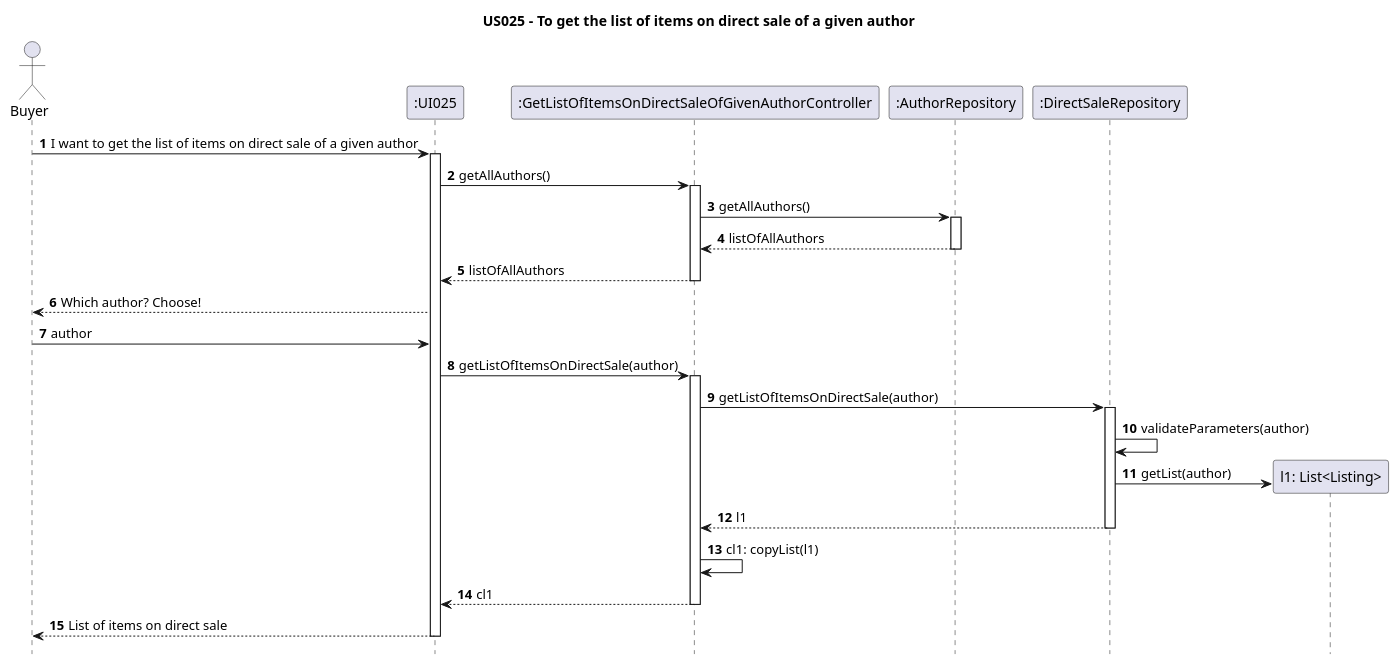
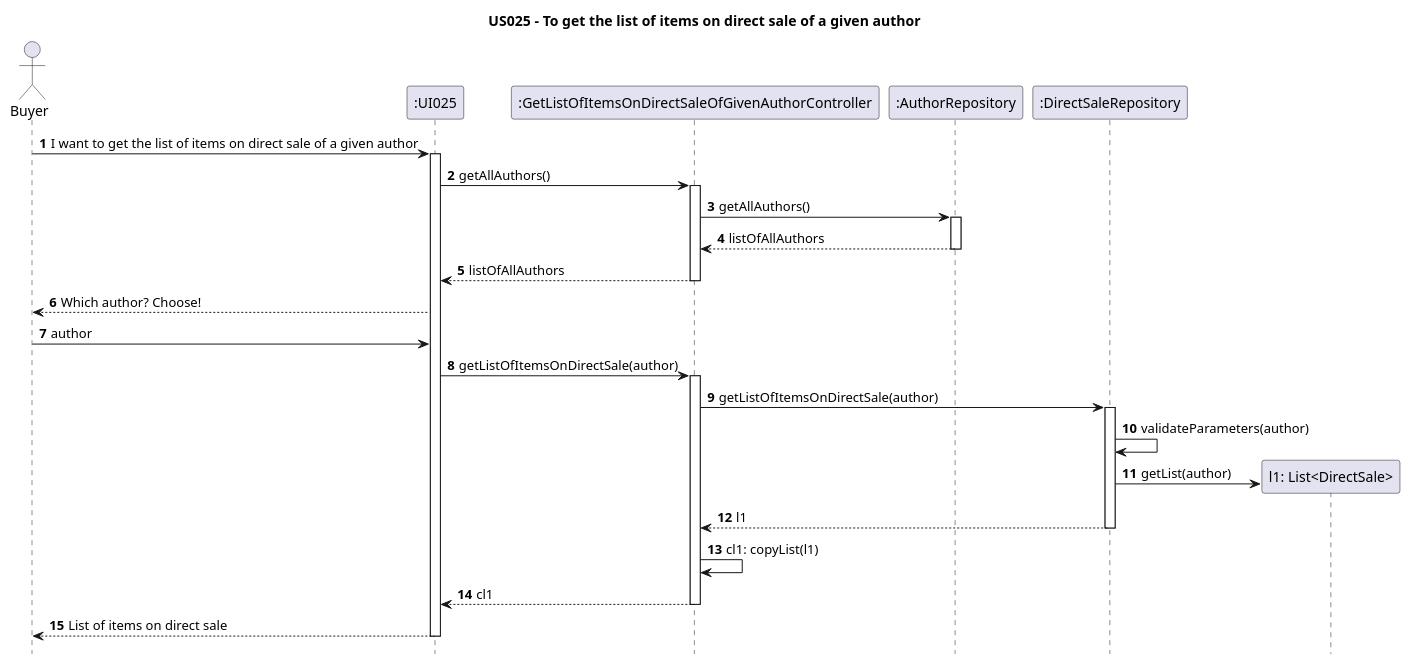
Before and after one commit to AndrePereiraGitH/SWitCH-Project-Team_A: the diagram in Diagrams/SequenceDiagrams/N2/US025-to-get-the-list-of-items-on-direct-sale-of-a-given-author.puml, drawn with PlantUML. The commit also changed 3 other files, not shown here.

```diff
--- a/Diagrams/SequenceDiagrams/N2/US025-to-get-the-list-of-items-on-direct-sale-of-a-given-author.puml
+++ b/Diagrams/SequenceDiagrams/N2/US025-to-get-the-list-of-items-on-direct-sale-of-a-given-author.puml
@@ -1,52 +1,52 @@
 @startuml
 
 hide footbox
 autonumber
 title US025 - To get the list of items on direct sale of a given author
 
 actor Buyer
 participant ":UI025" as UI025
 
 participant ":GetListOfItemsOnDirectSaleOfGivenAuthorController" as GetListOfItemsOnDirectSaleOfGivenAuthorController
 
 participant ":AuthorRepository" as AuthorRepository
 
 participant ":DirectSaleRepository" as DirectSaleRepository
 
 Buyer -> UI025 : I want to get the list of items on direct sale of a given author
 activate UI025
 UI025 -> GetListOfItemsOnDirectSaleOfGivenAuthorController : getAllAuthors()
 activate GetListOfItemsOnDirectSaleOfGivenAuthorController
 GetListOfItemsOnDirectSaleOfGivenAuthorController -> AuthorRepository: getAllAuthors()
 activate AuthorRepository
 AuthorRepository --> GetListOfItemsOnDirectSaleOfGivenAuthorController: listOfAllAuthors
 deactivate AuthorRepository
 GetListOfItemsOnDirectSaleOfGivenAuthorController --> UI025 : listOfAllAuthors
 deactivate GetListOfItemsOnDirectSaleOfGivenAuthorController
 Buyer <-- UI025 : Which author? Choose!
 Buyer -> UI025 : author
 
 UI025 -> GetListOfItemsOnDirectSaleOfGivenAuthorController : getListOfItemsOnDirectSale(author)
 activate GetListOfItemsOnDirectSaleOfGivenAuthorController
 
 GetListOfItemsOnDirectSaleOfGivenAuthorController -> DirectSaleRepository : getListOfItemsOnDirectSale(author)
 activate DirectSaleRepository
 
 
 DirectSaleRepository -> DirectSaleRepository : validateParameters(author)
 
-create "l1: List<Listing>" as Listing
-DirectSaleRepository -> Listing : getList(author)
+create "l1: List<DirectSale>" as DirectSaleList
+DirectSaleRepository -> DirectSaleList : getList(author)
 
 DirectSaleRepository --> GetListOfItemsOnDirectSaleOfGivenAuthorController : l1
 deactivate DirectSaleRepository
 
 GetListOfItemsOnDirectSaleOfGivenAuthorController -> GetListOfItemsOnDirectSaleOfGivenAuthorController : cl1: copyList(l1)
 
 GetListOfItemsOnDirectSaleOfGivenAuthorController --> UI025 : cl1
 deactivate GetListOfItemsOnDirectSaleOfGivenAuthorController
 
 UI025 --> Buyer : List of items on direct sale
 deactivate UI025
 
 @enduml
```
